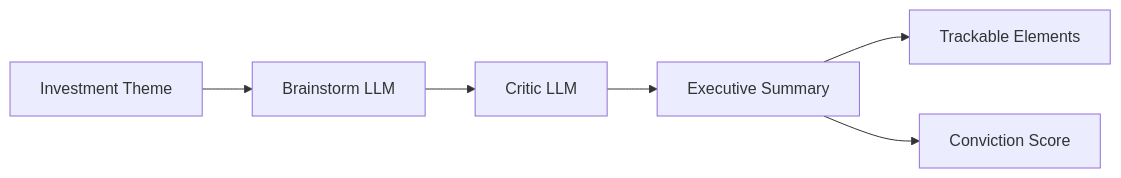
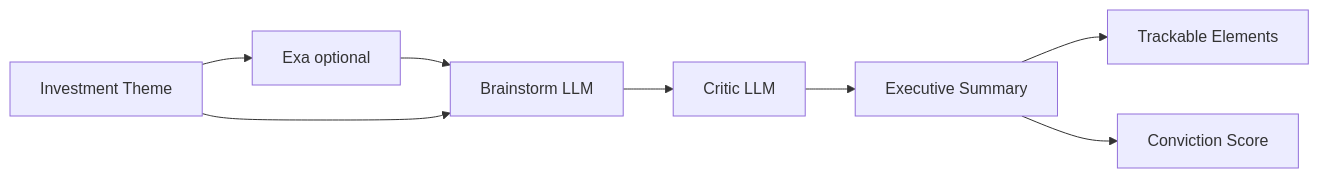
One commit to dchong1/project_jam changed the third of 4 diagrams in README.md. Above: the diagram before and after it, drawn with Mermaid. The commit also changed other lines of this file, not shown here.

First line of the commit message:
docs: README updates for Exa RAG, CLI/Streamlit flow, architecture

````diff
--- a/README.md
+++ b/README.md
@@ -95,8 +106,10 @@
 ```mermaid
 flowchart LR
-    Theme[Investment Theme] --> Brainstorm[Brainstorm LLM]
+    Theme[Investment Theme] --> Exa[Exa optional]
+    Exa --> Brainstorm[Brainstorm LLM]
+    Theme --> Brainstorm
     Brainstorm --> Critic[Critic LLM]
     Critic --> Summary[Executive Summary]
     Summary --> Trackables[Trackable Elements]
     Summary --> Conviction[Conviction Score]
 ```
````
